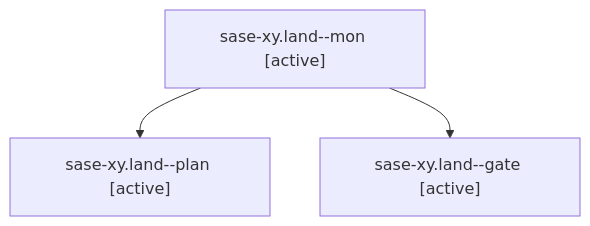
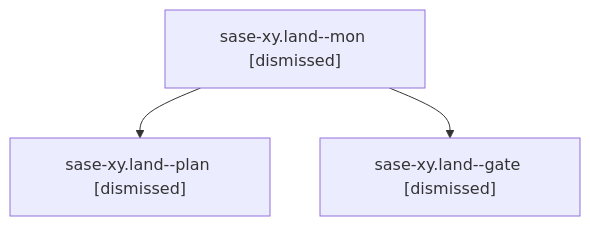
Before and after one commit to sase-org/sase--agents: the diagram in sessions/bbugyi200.athena.sase-xy.land.md, drawn with Mermaid. The commit also changed other lines of this file and 206 other files, not shown here.

````diff
--- a/sessions/bbugyi200.athena.sase-xy.land.md
+++ b/sessions/bbugyi200.athena.sase-xy.land.md
@@ -9,8 +9,8 @@
 ```mermaid
 flowchart TD
-  n0["sase-xy.land--mon [active]"]
-  n1["sase-xy.land--plan [active]"]
+  n0["sase-xy.land--mon [dismissed]"]
+  n1["sase-xy.land--plan [dismissed]"]
   n0 --> n1
-  n2["sase-xy.land--gate [active]"]
+  n2["sase-xy.land--gate [dismissed]"]
   n0 --> n2
 ```
````
